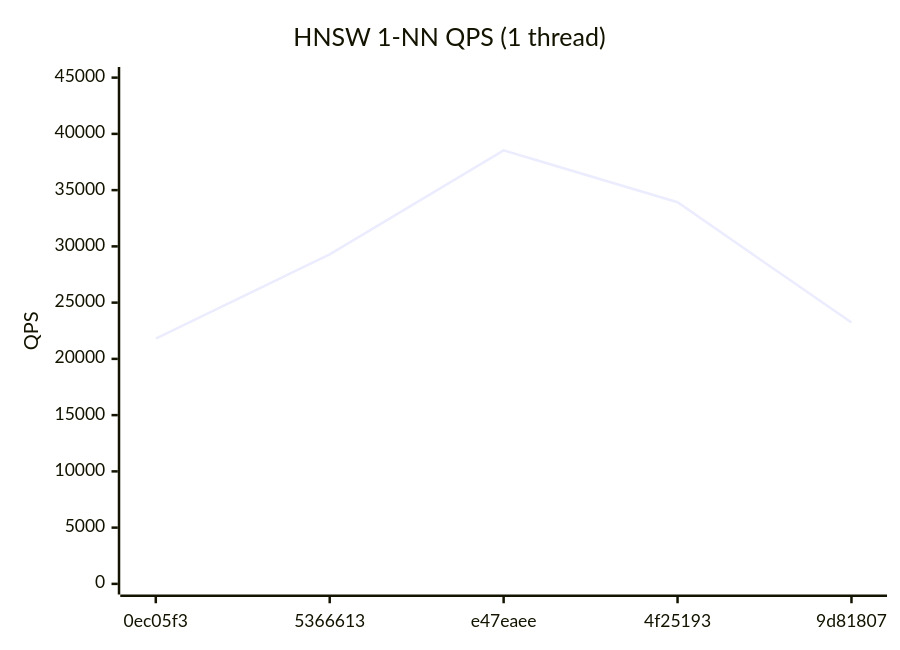
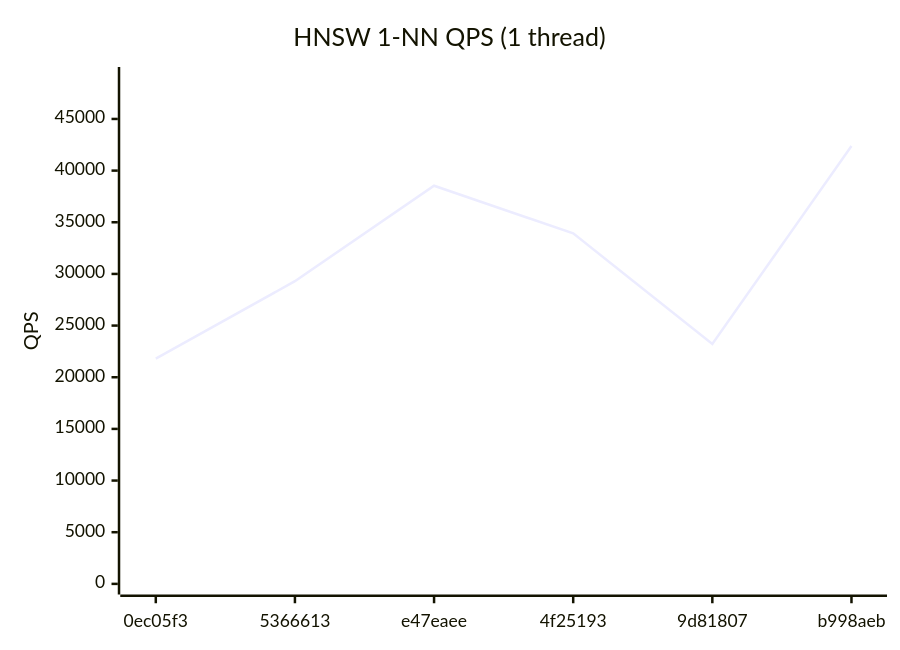
One commit to bibidhSubedi0/RedBoxDb changed the first of 4 diagrams in benchmarks/REPORT.md. Above: the diagram before and after it, drawn with Mermaid. The commit also changed other lines of this file and 1 other file, not shown here.

Commit message:
bench: update performance report [b998aeb] [skip ci]

````diff
--- a/benchmarks/REPORT.md
+++ b/benchmarks/REPORT.md
@@ -19,7 +19,7 @@
 ```mermaid
 xychart-beta
   title "HNSW 1-NN QPS (1 thread)"
-  x-axis ["0ec05f3", "5366613", "e47eaee", "4f25193", "9d81807"]
-  y-axis "QPS" 0 --> 45000
-  line [21803, 29297, 38537, 33923, 23225]
+  x-axis ["0ec05f3", "5366613", "e47eaee", "4f25193", "9d81807", "b998aeb"]
+  y-axis "QPS" 0 --> 49000
+  line [21803, 29297, 38537, 33923, 23225, 42373]
 ```
````
